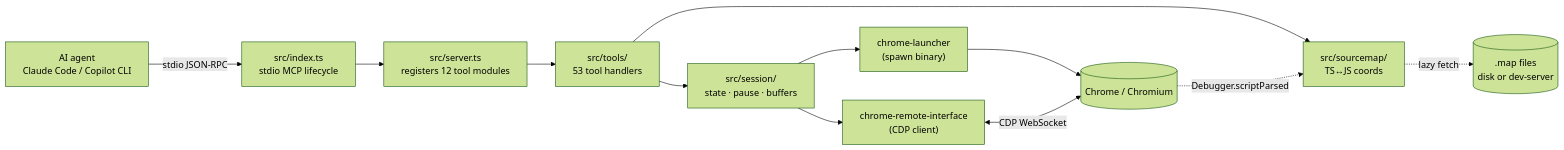
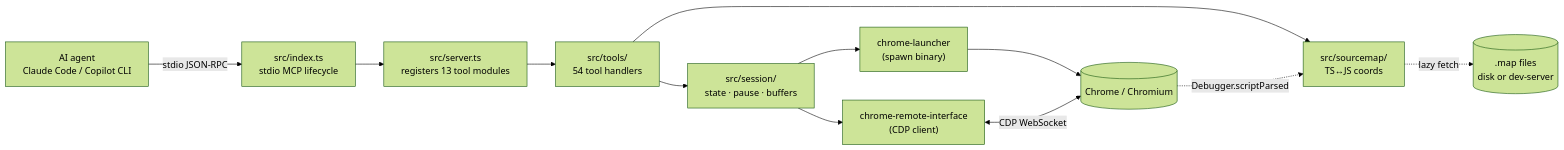
The first of 6 diagrams in docs/ARCHITECTURE.md (lcjanke2020/lynceus), drawn with Mermaid (forest theme) before and after one commit. The commit also changed other lines of this file and 23 other files, not shown here.

First line of the commit message:
feat: add raced waits and merged timeline (LEO-365) (#71)

````diff
--- a/docs/ARCHITECTURE.md
+++ b/docs/ARCHITECTURE.md
@@ -19,25 +19,25 @@
 ```mermaid
 flowchart LR
     Agent["AI agent<br/>Claude Code / Copilot CLI"]
     Index["src/index.ts<br/>stdio MCP lifecycle"]
-    Server["src/server.ts<br/>registers 12 tool modules"]
-    Tools["src/tools/<br/>53 tool handlers"]
+    Server["src/server.ts<br/>registers 13 tool modules"]
+    Tools["src/tools/<br/>54 tool handlers"]
     Session["src/session/<br/>state · pause · buffers"]
     Sourcemap["src/sourcemap/<br/>TS↔JS coords"]
     CRI["chrome-remote-interface<br/>(CDP client)"]
     Launcher["chrome-launcher<br/>(spawn binary)"]
     Chrome[("Chrome / Chromium")]
     Maps[(".map files<br/>disk or dev-server")]
 
     Agent -- "stdio JSON-RPC" --> Index
     Index --> Server
     Server --> Tools
     Tools --> Session
     Tools --> Sourcemap
     Session --> CRI
     Session --> Launcher
     Launcher --> Chrome
     CRI <-- "CDP WebSocket" --> Chrome
     Chrome -. "Debugger.scriptParsed" .-> Sourcemap
     Sourcemap -. "lazy fetch" .-> Maps
 ```
````
